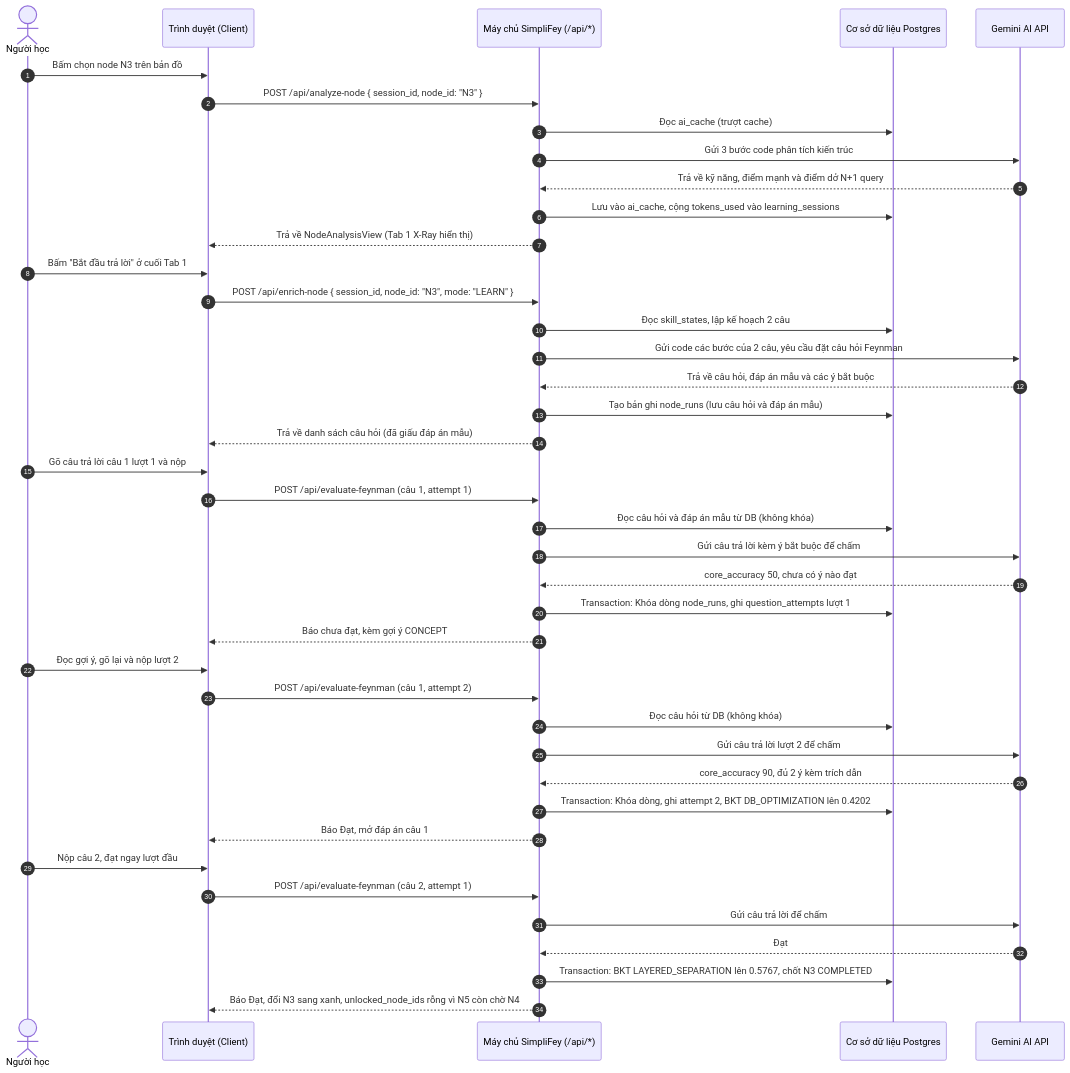
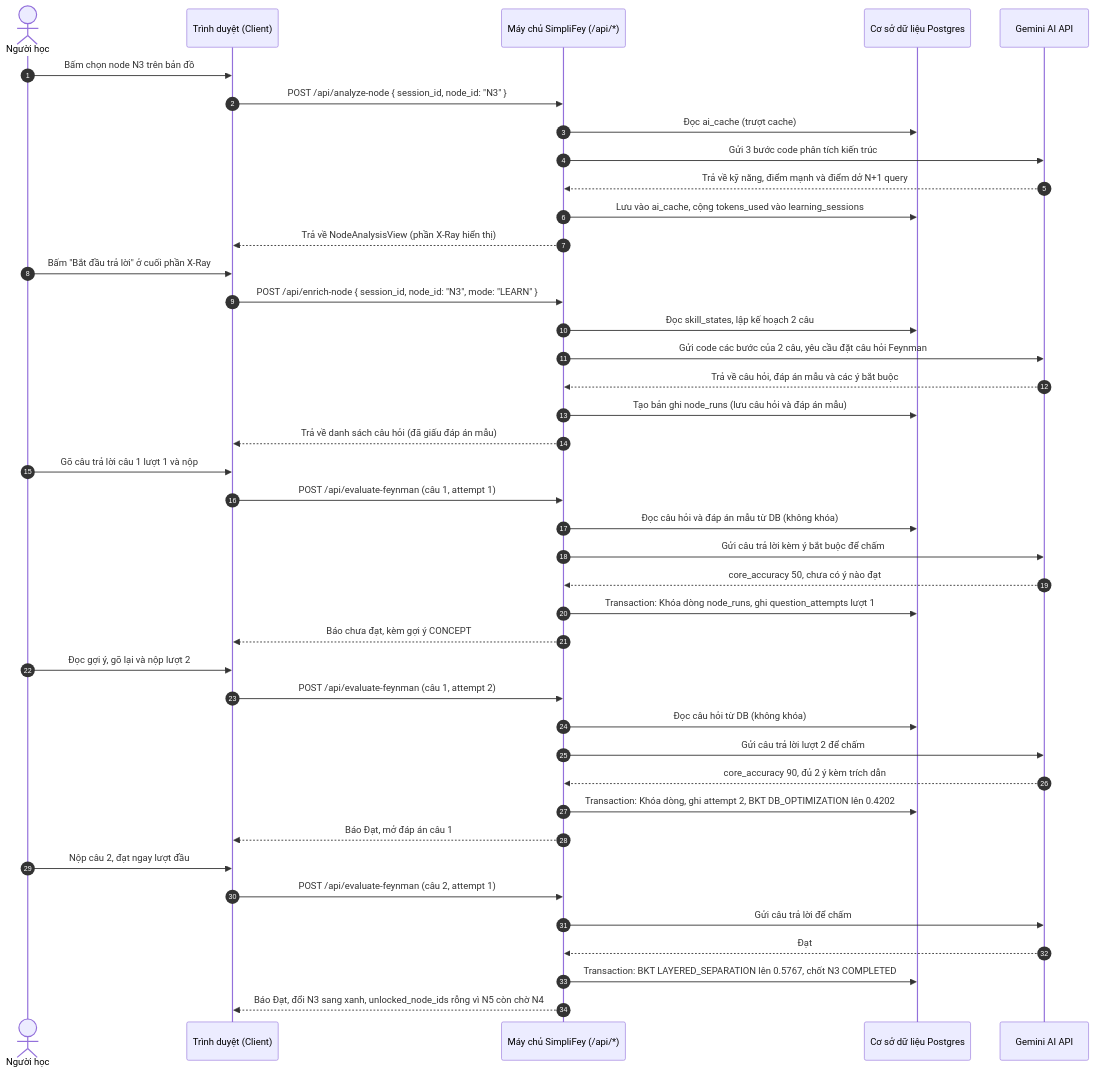
Before and after one commit to huynhthanhnhannnh-pixel/Hackathon_SGU: the fifth of 5 diagrams in doc-de-hieu/05_du_lieu_va_api.md, drawn with Mermaid. The commit also changed other lines of this file and 10 other files, not shown here.

````diff
--- a/doc-de-hieu/05_du_lieu_va_api.md
+++ b/doc-de-hieu/05_du_lieu_va_api.md
@@ -530,48 +530,48 @@
 ```mermaid
 sequenceDiagram
   autonumber
   actor Student as Người học
   participant FE as Trình duyệt (Client)
   participant API as Máy chủ SimpliFey (/api/*)
   participant DB as Cơ sở dữ liệu Postgres
   participant AI as Gemini AI API
 
   Student->>FE: Bấm chọn node N3 trên bản đồ
   FE->>API: POST /api/analyze-node { session_id, node_id: "N3" }
   API->>DB: Đọc ai_cache (trượt cache)
   API->>AI: Gửi 3 bước code phân tích kiến trúc
   AI-->>API: Trả về kỹ năng, điểm mạnh và điểm dở N+1 query
   API->>DB: Lưu vào ai_cache, cộng tokens_used vào learning_sessions
-  API-->>FE: Trả về NodeAnalysisView (Tab 1 X-Ray hiển thị)
+  API-->>FE: Trả về NodeAnalysisView (phần X-Ray hiển thị)
 
-  Student->>FE: Bấm "Bắt đầu trả lời" ở cuối Tab 1
+  Student->>FE: Bấm "Bắt đầu trả lời" ở cuối phần X-Ray
   FE->>API: POST /api/enrich-node { session_id, node_id: "N3", mode: "LEARN" }
   API->>DB: Đọc skill_states, lập kế hoạch 2 câu
   API->>AI: Gửi code các bước của 2 câu, yêu cầu đặt câu hỏi Feynman
   AI-->>API: Trả về câu hỏi, đáp án mẫu và các ý bắt buộc
   API->>DB: Tạo bản ghi node_runs (lưu câu hỏi và đáp án mẫu)
   API-->>FE: Trả về danh sách câu hỏi (đã giấu đáp án mẫu)
 
   Student->>FE: Gõ câu trả lời câu 1 lượt 1 và nộp
   FE->>API: POST /api/evaluate-feynman (câu 1, attempt 1)
   API->>DB: Đọc câu hỏi và đáp án mẫu từ DB (không khóa)
   API->>AI: Gửi câu trả lời kèm ý bắt buộc để chấm
   AI-->>API: core_accuracy 50, chưa có ý nào đạt
   API->>DB: Transaction: Khóa dòng node_runs, ghi question_attempts lượt 1
   API-->>FE: Báo chưa đạt, kèm gợi ý CONCEPT
 
   Student->>FE: Đọc gợi ý, gõ lại và nộp lượt 2
   FE->>API: POST /api/evaluate-feynman (câu 1, attempt 2)
   API->>DB: Đọc câu hỏi từ DB (không khóa)
   API->>AI: Gửi câu trả lời lượt 2 để chấm
   AI-->>API: core_accuracy 90, đủ 2 ý kèm trích dẫn
   API->>DB: Transaction: Khóa dòng, ghi attempt 2, BKT DB_OPTIMIZATION lên 0.4202
   API-->>FE: Báo Đạt, mở đáp án câu 1
 
   Student->>FE: Nộp câu 2, đạt ngay lượt đầu
   FE->>API: POST /api/evaluate-feynman (câu 2, attempt 1)
   API->>AI: Gửi câu trả lời để chấm
   AI-->>API: Đạt
   API->>DB: Transaction: BKT LAYERED_SEPARATION lên 0.5767, chốt N3 COMPLETED
   API-->>FE: Báo Đạt, đổi N3 sang xanh, unlocked_node_ids rỗng vì N5 còn chờ N4
 ```
````
